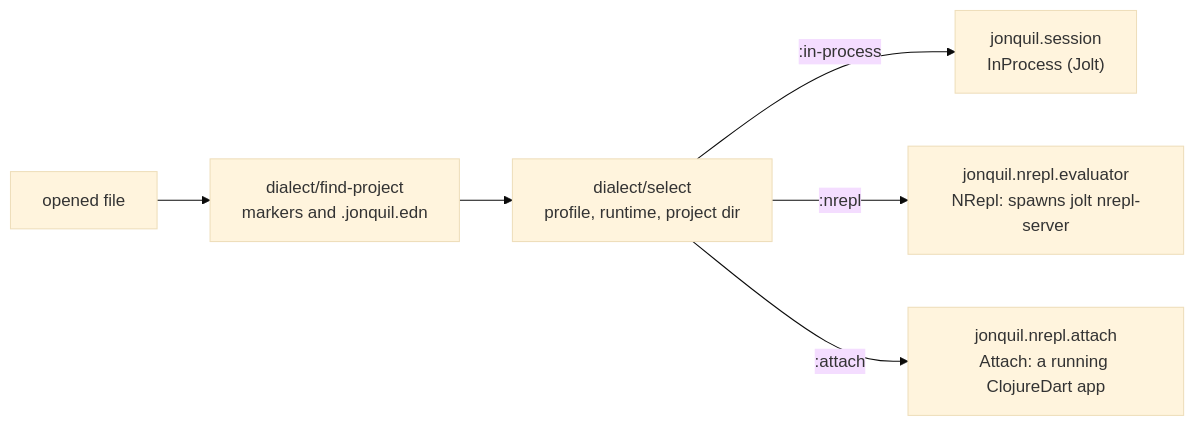
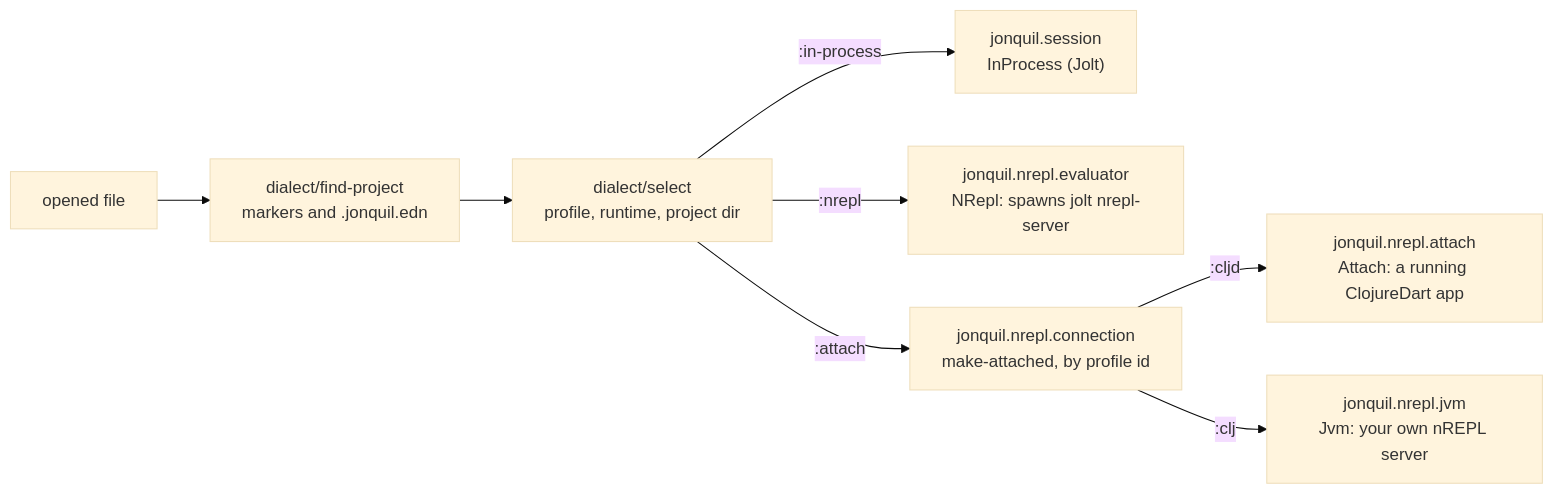
The third of 4 diagrams in docs/guide/architecture.md (b12n-oss/jonquil), drawn with Mermaid (base theme) before and after one commit. The commit also changed other lines of this file and 3 other files, not shown here.

Commit message:
docs: JVM Clojure attach dialect, bb test:clj, current counts

````diff
--- a/docs/guide/architecture.md
+++ b/docs/guide/architecture.md
@@ -166,8 +174,10 @@
 ```mermaid
 flowchart LR
   file["opened file"] --> fp["dialect/find-project<br/>markers and .jonquil.edn"]
   fp --> sel["dialect/select<br/>profile, runtime, project dir"]
   sel -- ":in-process" --> inproc["jonquil.session<br/>InProcess (Jolt)"]
   sel -- ":nrepl" --> nrepl["jonquil.nrepl.evaluator<br/>NRepl: spawns jolt nrepl-server"]
-  sel -- ":attach" --> attach["jonquil.nrepl.attach<br/>Attach: a running ClojureDart app"]
+  sel -- ":attach" --> ma["jonquil.nrepl.connection<br/>make-attached, by profile id"]
+  ma -- ":cljd" --> attach["jonquil.nrepl.attach<br/>Attach: a running ClojureDart app"]
+  ma -- ":clj" --> jvm["jonquil.nrepl.jvm<br/>Jvm: your own nREPL server"]
 ```
````
